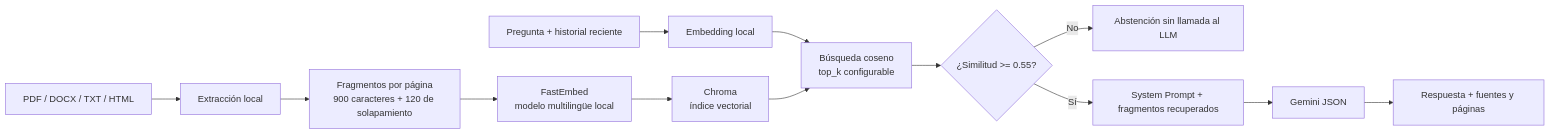
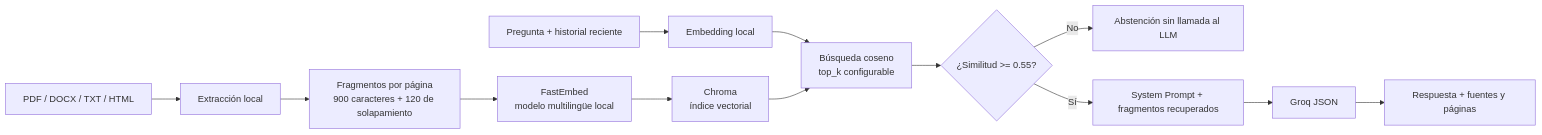
One commit to SharonKarina/Tutor-TOGAF changed the diagram in README.md. Above: the diagram before and after it, drawn with Mermaid. The commit also changed other lines of this file and 7 other files, not shown here.

````diff
--- a/README.md
+++ b/README.md
@@ -29,15 +29,15 @@
 ```mermaid
 flowchart LR
     A[PDF / DOCX / TXT / HTML] --> B[Extracción local]
     B --> C[Fragmentos por página\n900 caracteres + 120 de solapamiento]
     C --> D[FastEmbed\nmodelo multilingüe local]
     D --> E[Chroma\níndice vectorial]
     F[Pregunta + historial reciente] --> G[Embedding local]
     G --> H[Búsqueda coseno\ntop_k configurable]
     E --> H
     H --> I{¿Similitud >= 0.55?}
     I -->|No| J[Abstención sin llamada al LLM]
     I -->|Sí| K[System Prompt + fragmentos recuperados]
-    K --> L[Gemini JSON]
+    K --> L[Groq JSON]
     L --> M[Respuesta + fuentes y páginas]
 ```
````
